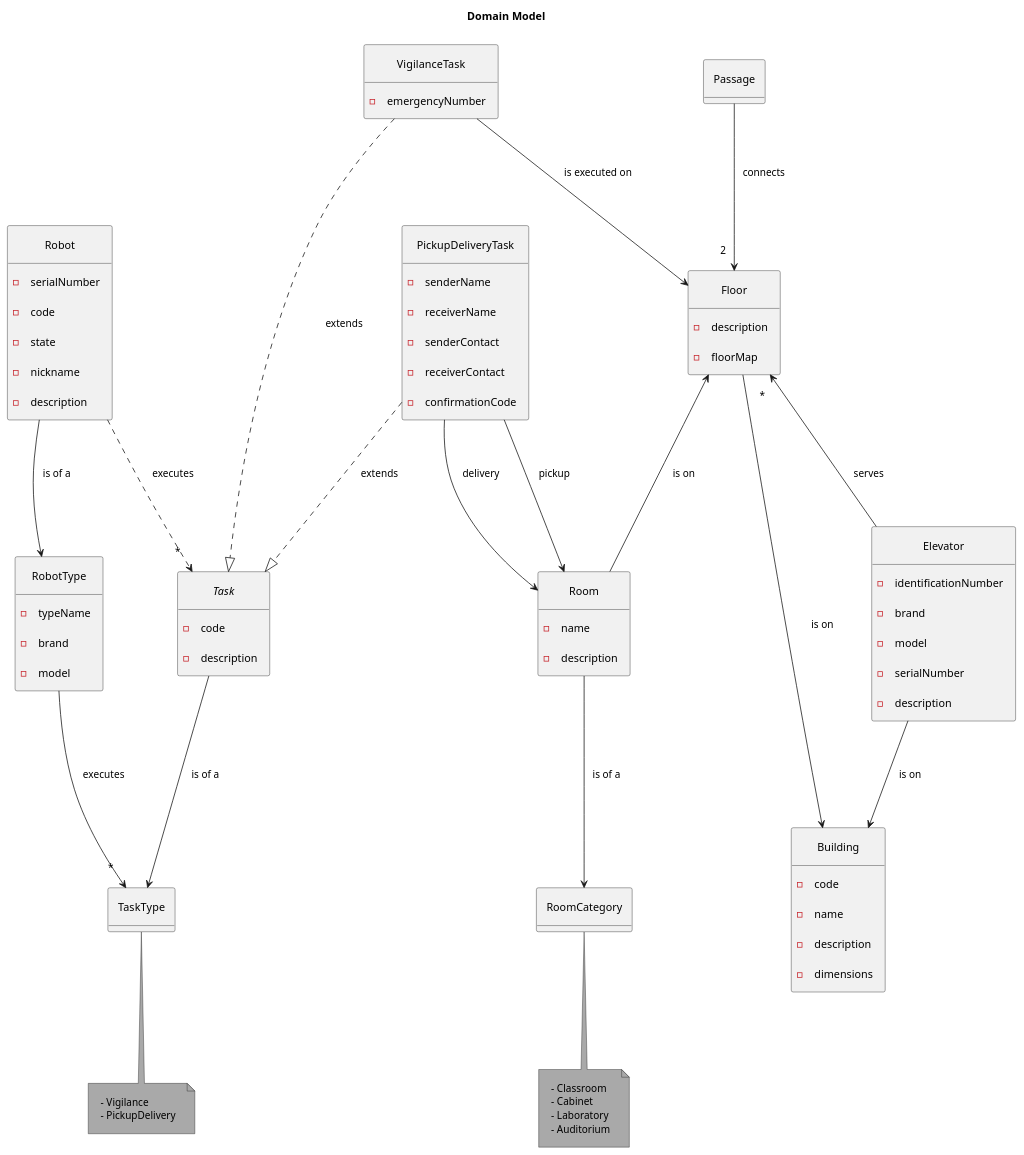
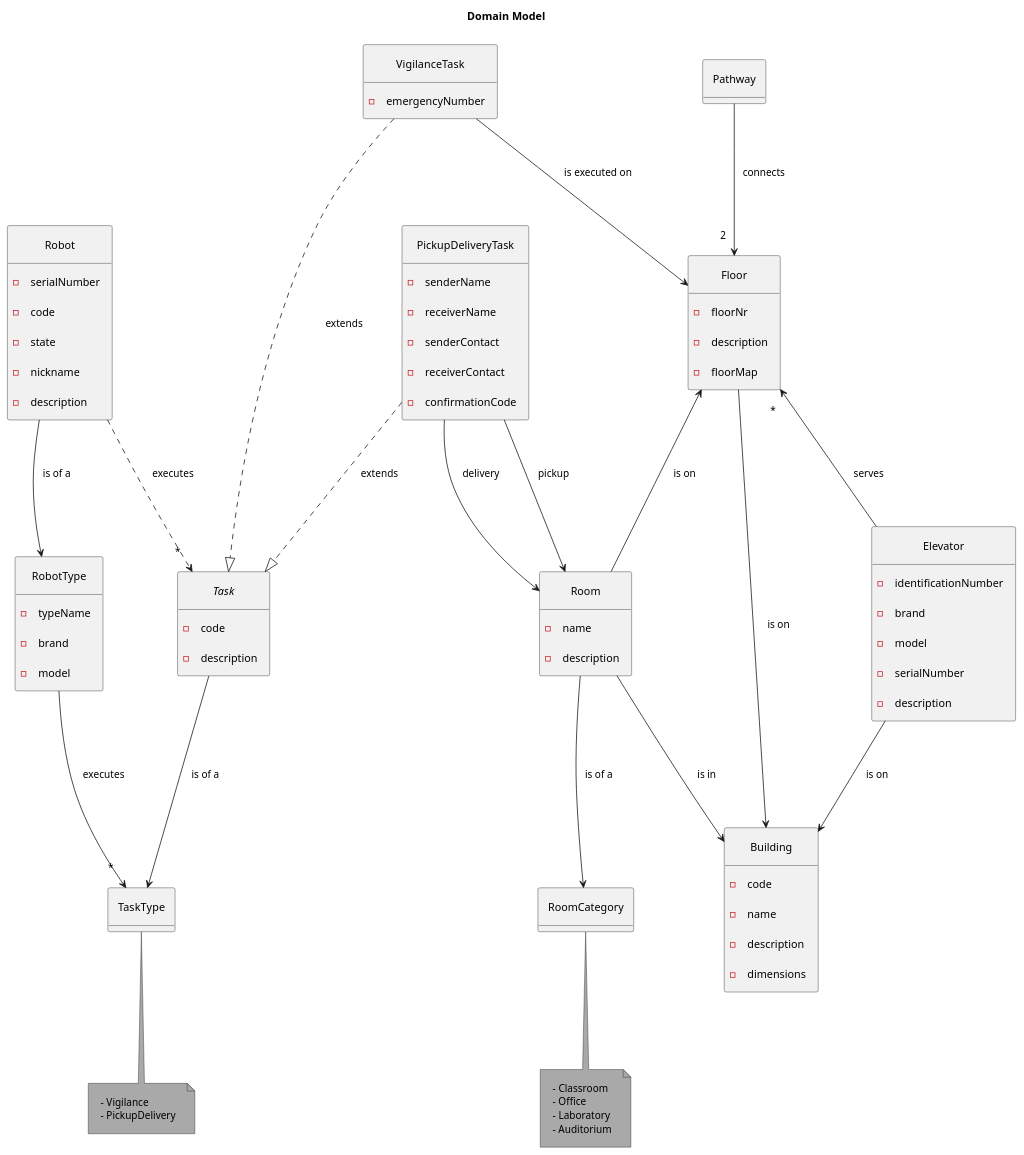
Before and after one commit to rpeir/LAPR5: the diagram in docs/domainModel/domainModel.puml, drawn with PlantUML. The commit also changed 27 other files, not shown here.

```diff
--- a/docs/domainModel/domainModel.puml
+++ b/docs/domainModel/domainModel.puml
@@ -1,123 +1,125 @@
 @startuml Domain Model
 
 title "Domain Model"
 ' left to right direction
 ' top to bottom direction
 skinparam Padding 10
 skinparam Nodesep 80
 skinparam ranksep 100
 skinparam groupInheritance 1
 ' skinparam linetype ortho
 skinparam separation 1000
 skinparam NoteBackgroundColor #A9A9A9
 skinparam PackageStyle rectangle
 skinparam package {
     BackgroundColor #D3D3D3
     FontStyle bold
 }
 
 hide circle
 hide methods
 
     entity Robot {
         -serialNumber
         -code
         -state
         -nickname
         -description
     }
 
     entity RobotType {
         - typeName
         - brand
         - model
     }
 
     enum TaskType {}
     note bottom of TaskType {
             - Vigilance
             - PickupDelivery
     }
 
     interface Task {
         - code
         - description
 
     }
 
     entity VigilanceTask {
         - emergencyNumber
     }
 
     entity PickupDeliveryTask {
         - senderName
         - receiverName
         - senderContact
         - receiverContact
         - confirmationCode
     }
 
     entity Building {
         - code
         - name
         - description
         - dimensions
     }
 
     entity Floor {
+        - floorNr
         - description
         - floorMap
     }
 
     entity Elevator {
         - identificationNumber
         - brand
         - model
         - serialNumber
         - description
     }
 
     entity Room {
         - name
         - description
     }
 
     enum RoomCategory {}
 
     note bottom of RoomCategory {
             - Classroom
-            - Cabinet
+            - Office
             - Laboratory
             - Auditorium
     }
 
-    entity Passage {
+    entity Pathway {
     }
 
 VigilanceTask ..|> Task: extends
 PickupDeliveryTask ..|> Task: extends
 
 Room --> RoomCategory: is of a
+Room --> Building : is in
 
 RobotType --> "*" TaskType: executes
 
 Floor --> Building: is on
 Floor "*" <-- Elevator : serves
 Floor <-- Room: is on
 
 Elevator --> Building: is on
 
 PickupDeliveryTask --> Room: delivery
 PickupDeliveryTask --> Room: pickup
 
 VigilanceTask --> Floor: is executed on
 
-Passage --> "2" Floor: connects
+Pathway --> "2" Floor: connects
 
 Robot --> RobotType : is of a
 
 Task --> TaskType : is of a
 
 Robot ..> "*" Task : executes
 
 @enduml
```
